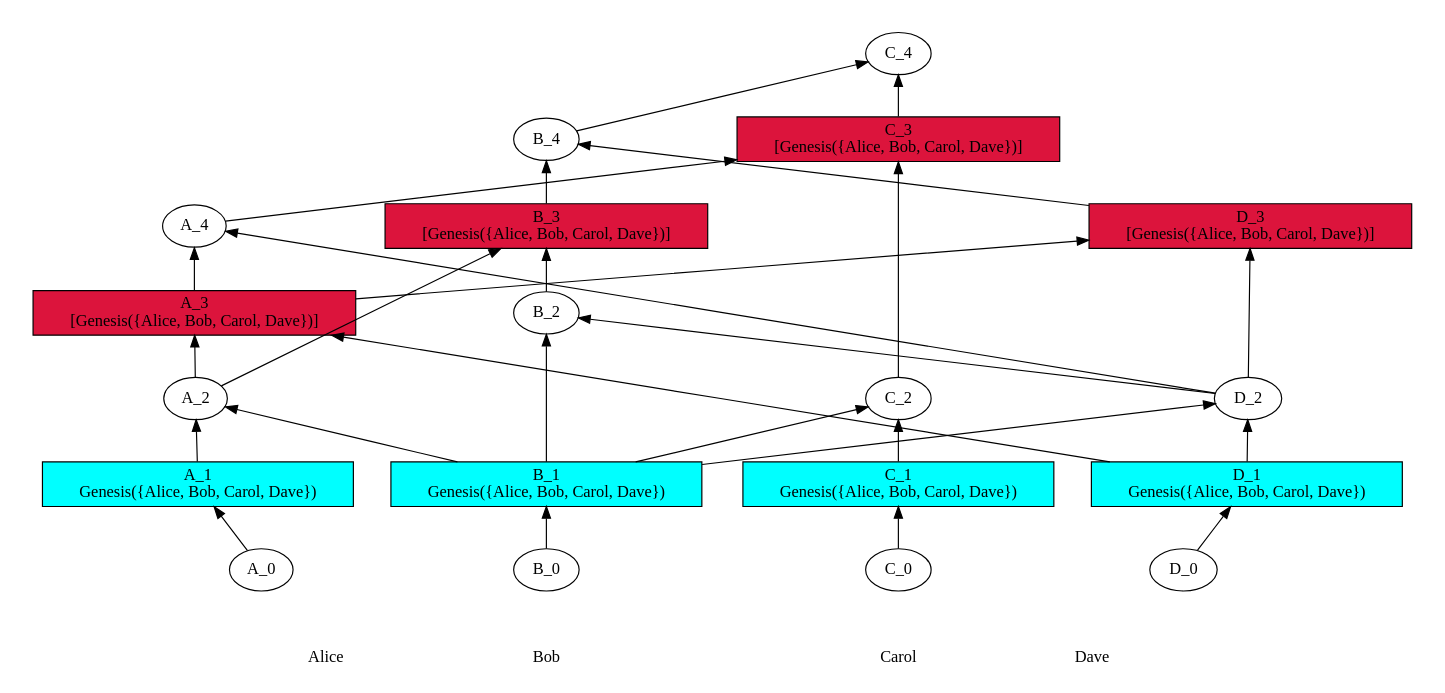
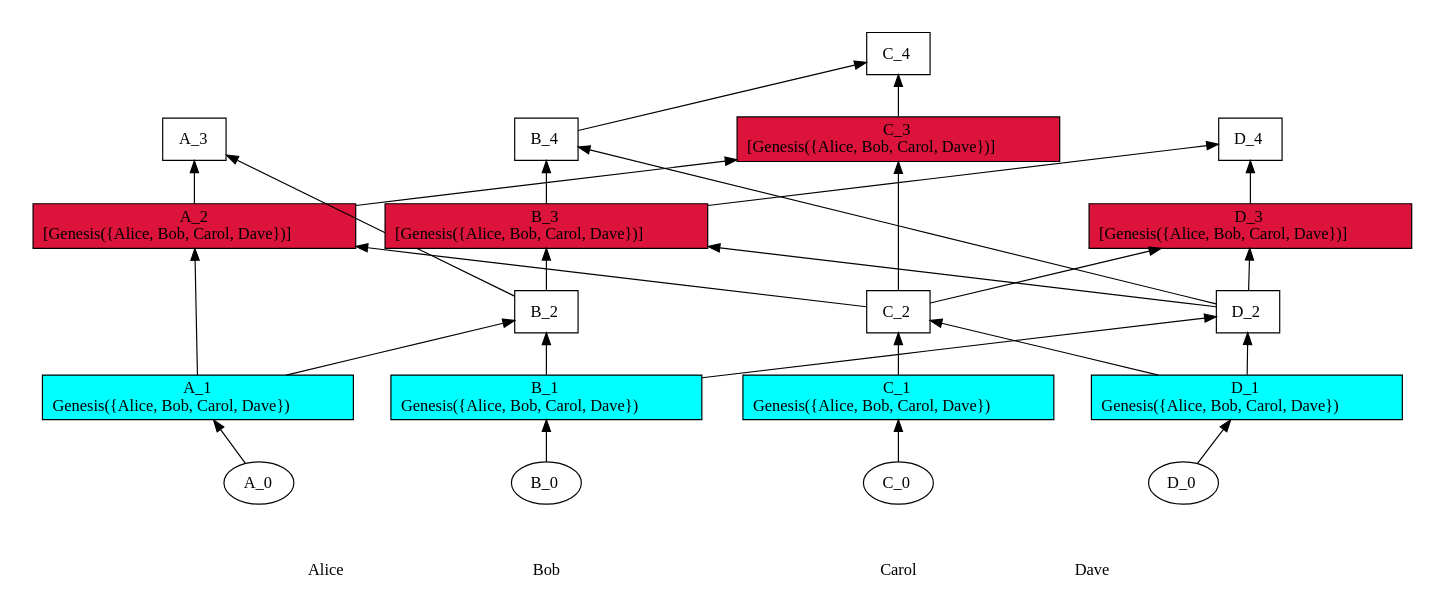
The diagram in input_graphs/gossip_graph_tests_ancestors_iterator/carol.dot (u-amine/parsec), drawn with Graphviz before and after one commit. The commit also changed 26 other files, not shown here.

```diff
--- a/input_graphs/gossip_graph_tests_ancestors_iterator/carol.dot
+++ b/input_graphs/gossip_graph_tests_ancestors_iterator/carol.dot
@@ -1,204 +1,284 @@
+/// our_id: Carol
+/// peer_list: {
+///   Alice; PeerState(VOTE|SEND|RECV); peers: {Alice, Bob, Carol, Dave}
+///   Bob; PeerState(VOTE|SEND|RECV); peers: {Alice, Bob, Carol, Dave}
+///   Carol; PeerState(VOTE|SEND|RECV); peers: {}
+///   Dave; PeerState(VOTE|SEND|RECV); peers: {Alice, Bob, Carol, Dave}
+/// }
 digraph GossipGraph {
   splines=false
   rankdir=BT
-/// our_id: Carol
-/// peer_states: {Alice: "PeerState(VOTE|SEND|RECV)", Bob: "PeerState(VOTE|SEND|RECV)", Carol: "PeerState(VOTE|SEND|RECV)", Dave: "PeerState(VOTE|SEND|RECV)"}
-/// { 098c1440cc..
-/// cause: Response
-/// interesting_content: [Genesis({Alice, Bob, Carol, Dave})]
-/// last_ancestors: {Alice: 2, Bob: 3, Dave: 2}
-/// }
-/// { 30d7e4394d..
-/// cause: Initial
-/// interesting_content: []
-/// last_ancestors: {Alice: 0}
-/// }
-/// { 3105bde98a..
-/// cause: Response
-/// interesting_content: [Genesis({Alice, Bob, Carol, Dave})]
-/// last_ancestors: {Alice: 3, Bob: 1, Dave: 3}
-/// }
-/// { 36099e4269..
-/// cause: Observation(Genesis({Alice, Bob, Carol, Dave}))
-/// interesting_content: []
-/// last_ancestors: {Carol: 1}
-/// }
-/// { 4541f98755..
-/// cause: Initial
-/// interesting_content: []
-/// last_ancestors: {Dave: 0}
-/// }
-/// { 4c1a48932a..
-/// cause: Response
-/// interesting_content: []
-/// last_ancestors: {Bob: 2, Dave: 2}
-/// }
-/// { 59735e66d0..
-/// cause: Request
-/// interesting_content: []
-/// last_ancestors: {Alice: 4, Bob: 1, Dave: 2}
-/// }
-/// { 682aa6684e..
-/// cause: Observation(Genesis({Alice, Bob, Carol, Dave}))
-/// interesting_content: []
-/// last_ancestors: {Bob: 1}
-/// }
-/// { 80b9b8f122..
-/// cause: Request
-/// interesting_content: []
-/// last_ancestors: {Alice: 2, Bob: 1}
-/// }
-/// { 8158ee7022..
-/// cause: Request
-/// interesting_content: []
-/// last_ancestors: {Alice: 4, Bob: 4, Carol: 4, Dave: 3}
-/// }
-/// { 83dc5a58b7..
-/// cause: Request
-/// interesting_content: [Genesis({Alice, Bob, Carol, Dave})]
-/// last_ancestors: {Alice: 3, Bob: 1, Dave: 1}
-/// }
-/// { 9b85359b6d..
-/// cause: Request
-/// interesting_content: []
-/// last_ancestors: {Alice: 3, Bob: 4, Dave: 3}
-/// }
-/// { af91fcff5e..
-/// cause: Observation(Genesis({Alice, Bob, Carol, Dave}))
-/// interesting_content: []
-/// last_ancestors: {Dave: 1}
-/// }
-/// { bd0fe471c9..
-/// cause: Request
-/// interesting_content: [Genesis({Alice, Bob, Carol, Dave})]
-/// last_ancestors: {Alice: 4, Bob: 1, Carol: 3, Dave: 2}
-/// }
-/// { dc8296fe22..
-/// cause: Initial
-/// interesting_content: []
-/// last_ancestors: {Bob: 0}
-/// }
-/// { e2873d8612..
-/// cause: Observation(Genesis({Alice, Bob, Carol, Dave}))
-/// interesting_content: []
-/// last_ancestors: {Alice: 1}
-/// }
-/// { eedba06154..
-/// cause: Request
-/// interesting_content: []
-/// last_ancestors: {Bob: 1, Dave: 2}
-/// }
-/// { fa13ad61fd..
-/// cause: Initial
-/// interesting_content: []
-/// last_ancestors: {Carol: 0}
-/// }
-/// { fbb0f444d5..
-/// cause: Request
-/// interesting_content: []
-/// last_ancestors: {Bob: 1, Carol: 2}
-/// }
-    style=invis
+
+  style=invis
   subgraph cluster_Alice {
     label=Alice
     Alice [style=invis]
-    Alice -> "30d7e4394d.." [style=invis]
-    "30d7e4394d.." -> "e2873d8612.." [minlen=1]
-    "e2873d8612.." -> "80b9b8f122.." [minlen=1]
-    "80b9b8f122.." -> "83dc5a58b7.." [minlen=1]
-    "83dc5a58b7.." -> "59735e66d0.." [minlen=1]
+    "Alice" -> "A_0" [style=invis]
+    "A_0" -> "A_1" [minlen=1]
+    "A_1" -> "A_2" [minlen=2]
+    "A_2" -> "A_3" [minlen=1]
+  }
+  "C_2" -> "A_2" [constraint=false]
+  "B_2" -> "A_3" [constraint=false]
 
+  style=invis
+  subgraph cluster_Bob {
+    label=Bob
+    Bob [style=invis]
+    "Bob" -> "B_0" [style=invis]
+    "B_0" -> "B_1" [minlen=1]
+    "B_1" -> "B_2" [minlen=1]
+    "B_2" -> "B_3" [minlen=1]
+    "B_3" -> "B_4" [minlen=1]
   }
-  "682aa6684e.." -> "80b9b8f122.." [constraint=false]
-  "af91fcff5e.." -> "83dc5a58b7.." [constraint=false]
-  "eedba06154.." -> "59735e66d0.." [constraint=false]
+  "A_1" -> "B_2" [constraint=false]
+  "D_2" -> "B_3" [constraint=false]
+  "D_2" -> "B_4" [constraint=false]
 
-    style=invis
+  style=invis
+  subgraph cluster_Carol {
+    label=Carol
+    Carol [style=invis]
+    "Carol" -> "C_0" [style=invis]
+    "C_0" -> "C_1" [minlen=1]
+    "C_1" -> "C_2" [minlen=1]
+    "C_2" -> "C_3" [minlen=2]
+    "C_3" -> "C_4" [minlen=1]
+  }
+  "D_1" -> "C_2" [constraint=false]
+  "A_2" -> "C_3" [constraint=false]
+  "B_4" -> "C_4" [constraint=false]
+
+  style=invis
   subgraph cluster_Dave {
     label=Dave
     Dave [style=invis]
-    Dave -> "4541f98755.." [style=invis]
-    "4541f98755.." -> "af91fcff5e.." [minlen=1]
-    "af91fcff5e.." -> "eedba06154.." [minlen=1]
-    "eedba06154.." -> "3105bde98a.." [minlen=2]
-
+    "Dave" -> "D_0" [style=invis]
+    "D_0" -> "D_1" [minlen=1]
+    "D_1" -> "D_2" [minlen=1]
+    "D_2" -> "D_3" [minlen=1]
+    "D_3" -> "D_4" [minlen=1]
   }
-  "682aa6684e.." -> "eedba06154.." [constraint=false]
-  "83dc5a58b7.." -> "3105bde98a.." [constraint=false]
-
-    style=invis
-  subgraph cluster_Bob {
-    label=Bob
-    Bob [style=invis]
-    Bob -> "dc8296fe22.." [style=invis]
-    "dc8296fe22.." -> "682aa6684e.." [minlen=1]
-    "682aa6684e.." -> "4c1a48932a.." [minlen=2]
-    "4c1a48932a.." -> "098c1440cc.." [minlen=1]
-    "098c1440cc.." -> "9b85359b6d.." [minlen=1]
-
-  }
-  "eedba06154.." -> "4c1a48932a.." [constraint=false]
-  "80b9b8f122.." -> "098c1440cc.." [constraint=false]
-  "3105bde98a.." -> "9b85359b6d.." [constraint=false]
-
-    style=invis
-  subgraph cluster_Carol {
-    label=Carol
-    Carol [style=invis]
-    Carol -> "fa13ad61fd.." [style=invis]
-    "fa13ad61fd.." -> "36099e4269.." [minlen=1]
-    "36099e4269.." -> "fbb0f444d5.." [minlen=1]
-    "fbb0f444d5.." -> "bd0fe471c9.." [minlen=3]
-    "bd0fe471c9.." -> "8158ee7022.." [minlen=1]
-
-  }
-  "682aa6684e.." -> "fbb0f444d5.." [constraint=false]
-  "59735e66d0.." -> "bd0fe471c9.." [constraint=false]
-  "9b85359b6d.." -> "8158ee7022.." [constraint=false]
-
-/// meta-vote section
- "098c1440cc.." [fillcolor=white, label="B_3
-[Genesis({Alice, Bob, Carol, Dave})]"]
- "098c1440cc.." [shape=rectangle, style=filled, fillcolor=crimson]
- "30d7e4394d.." [fillcolor=white, label="A_0"]
- "3105bde98a.." [fillcolor=white, label="D_3
-[Genesis({Alice, Bob, Carol, Dave})]"]
- "3105bde98a.." [shape=rectangle, style=filled, fillcolor=crimson]
- "36099e4269.." [fillcolor=white, label="C_1
-Genesis({Alice, Bob, Carol, Dave})"]
- "36099e4269.." [shape=rectangle, style=filled, fillcolor=cyan]
- "4541f98755.." [fillcolor=white, label="D_0"]
- "4c1a48932a.." [fillcolor=white, label="B_2"]
- "59735e66d0.." [fillcolor=white, label="A_4"]
- "682aa6684e.." [fillcolor=white, label="B_1
-Genesis({Alice, Bob, Carol, Dave})"]
- "682aa6684e.." [shape=rectangle, style=filled, fillcolor=cyan]
- "80b9b8f122.." [fillcolor=white, label="A_2"]
- "8158ee7022.." [fillcolor=white, label="C_4"]
- "83dc5a58b7.." [fillcolor=white, label="A_3
-[Genesis({Alice, Bob, Carol, Dave})]"]
- "83dc5a58b7.." [shape=rectangle, style=filled, fillcolor=crimson]
- "9b85359b6d.." [fillcolor=white, label="B_4"]
- "af91fcff5e.." [fillcolor=white, label="D_1
-Genesis({Alice, Bob, Carol, Dave})"]
- "af91fcff5e.." [shape=rectangle, style=filled, fillcolor=cyan]
- "bd0fe471c9.." [fillcolor=white, label="C_3
-[Genesis({Alice, Bob, Carol, Dave})]"]
- "bd0fe471c9.." [shape=rectangle, style=filled, fillcolor=crimson]
- "dc8296fe22.." [fillcolor=white, label="B_0"]
- "e2873d8612.." [fillcolor=white, label="A_1
-Genesis({Alice, Bob, Carol, Dave})"]
- "e2873d8612.." [shape=rectangle, style=filled, fillcolor=cyan]
- "eedba06154.." [fillcolor=white, label="D_2"]
- "fa13ad61fd.." [fillcolor=white, label="C_0"]
- "fbb0f444d5.." [fillcolor=white, label="C_2"]
+  "B_1" -> "D_2" [constraint=false]
+  "C_2" -> "D_3" [constraint=false]
+  "B_3" -> "D_4" [constraint=false]
 
   {
     rank=same
     Alice [style=filled, color=white]
-    Dave [style=filled, color=white]
     Bob [style=filled, color=white]
     Carol [style=filled, color=white]
+    Dave [style=filled, color=white]
   }
   Alice -> Bob -> Carol -> Dave [style=invis]
+
+/// ===== details of events =====
+  "A_0" [fillcolor=white, label=<<table border="0" cellborder="0" cellpadding="0" cellspacing="0">
+<tr><td colspan="6">A_0</td></tr>
+</table>>]
+/// cause: Initial
+/// last_ancestors: {Alice: 0}
+
+  "A_1" [style=filled, fillcolor=cyan, shape=rectangle, label=<<table border="0" cellborder="0" cellpadding="0" cellspacing="0">
+<tr><td colspan="6">A_1</td></tr>
+<tr><td colspan="6">Genesis({Alice, Bob, Carol, Dave})</td></tr>
+</table>>]
+/// cause: Observation(Genesis({Alice, Bob, Carol, Dave}))
+/// last_ancestors: {Alice: 1}
+
+  "A_2" [style=filled, fillcolor=crimson, shape=rectangle, label=<<table border="0" cellborder="0" cellpadding="0" cellspacing="0">
+<tr><td colspan="6">A_2</td></tr>
+<tr><td colspan="6">[Genesis({Alice, Bob, Carol, Dave})]</td></tr></table>>]
+/// cause: Request
+/// last_ancestors: {Alice: 2, Carol: 2, Dave: 1}
+
+  "A_3" [fillcolor=white, shape=rectangle, label=<<table border="0" cellborder="0" cellpadding="0" cellspacing="0">
+<tr><td colspan="6">A_3</td></tr>
+</table>>]
+/// cause: Response
+/// last_ancestors: {Alice: 3, Bob: 2, Carol: 2, Dave: 1}
+
+  "B_0" [fillcolor=white, label=<<table border="0" cellborder="0" cellpadding="0" cellspacing="0">
+<tr><td colspan="6">B_0</td></tr>
+</table>>]
+/// cause: Initial
+/// last_ancestors: {Bob: 0}
+
+  "B_1" [style=filled, fillcolor=cyan, shape=rectangle, label=<<table border="0" cellborder="0" cellpadding="0" cellspacing="0">
+<tr><td colspan="6">B_1</td></tr>
+<tr><td colspan="6">Genesis({Alice, Bob, Carol, Dave})</td></tr>
+</table>>]
+/// cause: Observation(Genesis({Alice, Bob, Carol, Dave}))
+/// last_ancestors: {Bob: 1}
+
+  "B_2" [fillcolor=white, shape=rectangle, label=<<table border="0" cellborder="0" cellpadding="0" cellspacing="0">
+<tr><td colspan="6">B_2</td></tr>
+</table>>]
+/// cause: Request
+/// last_ancestors: {Alice: 1, Bob: 2}
+
+  "B_3" [style=filled, fillcolor=crimson, shape=rectangle, label=<<table border="0" cellborder="0" cellpadding="0" cellspacing="0">
+<tr><td colspan="6">B_3</td></tr>
+<tr><td colspan="6">[Genesis({Alice, Bob, Carol, Dave})]</td></tr></table>>]
+/// cause: Request
+/// last_ancestors: {Alice: 1, Bob: 3, Dave: 2}
+
+  "B_4" [fillcolor=white, shape=rectangle, label=<<table border="0" cellborder="0" cellpadding="0" cellspacing="0">
+<tr><td colspan="6">B_4</td></tr>
+</table>>]
+/// cause: Response
+/// last_ancestors: {Alice: 1, Bob: 4, Dave: 2}
+
+  "C_0" [fillcolor=white, label=<<table border="0" cellborder="0" cellpadding="0" cellspacing="0">
+<tr><td colspan="6">C_0</td></tr>
+</table>>]
+/// cause: Initial
+/// last_ancestors: {Carol: 0}
+
+  "C_1" [style=filled, fillcolor=cyan, shape=rectangle, label=<<table border="0" cellborder="0" cellpadding="0" cellspacing="0">
+<tr><td colspan="6">C_1</td></tr>
+<tr><td colspan="6">Genesis({Alice, Bob, Carol, Dave})</td></tr>
+</table>>]
+/// cause: Observation(Genesis({Alice, Bob, Carol, Dave}))
+/// last_ancestors: {Carol: 1}
+
+  "C_2" [fillcolor=white, shape=rectangle, label=<<table border="0" cellborder="0" cellpadding="0" cellspacing="0">
+<tr><td colspan="6">C_2</td></tr>
+</table>>]
+/// cause: Request
+/// last_ancestors: {Carol: 2, Dave: 1}
+
+  "C_3" [style=filled, fillcolor=crimson, shape=rectangle, label=<<table border="0" cellborder="0" cellpadding="0" cellspacing="0">
+<tr><td colspan="6">C_3</td></tr>
+<tr><td colspan="6">[Genesis({Alice, Bob, Carol, Dave})]</td></tr></table>>]
+/// cause: Response
+/// last_ancestors: {Alice: 2, Carol: 3, Dave: 1}
+
+  "C_4" [fillcolor=white, shape=rectangle, label=<<table border="0" cellborder="0" cellpadding="0" cellspacing="0">
+<tr><td colspan="6">C_4</td></tr>
+</table>>]
+/// cause: Request
+/// last_ancestors: {Alice: 2, Bob: 4, Carol: 4, Dave: 2}
+
+  "D_0" [fillcolor=white, label=<<table border="0" cellborder="0" cellpadding="0" cellspacing="0">
+<tr><td colspan="6">D_0</td></tr>
+</table>>]
+/// cause: Initial
+/// last_ancestors: {Dave: 0}
+
+  "D_1" [style=filled, fillcolor=cyan, shape=rectangle, label=<<table border="0" cellborder="0" cellpadding="0" cellspacing="0">
+<tr><td colspan="6">D_1</td></tr>
+<tr><td colspan="6">Genesis({Alice, Bob, Carol, Dave})</td></tr>
+</table>>]
+/// cause: Observation(Genesis({Alice, Bob, Carol, Dave}))
+/// last_ancestors: {Dave: 1}
+
+  "D_2" [fillcolor=white, shape=rectangle, label=<<table border="0" cellborder="0" cellpadding="0" cellspacing="0">
+<tr><td colspan="6">D_2</td></tr>
+</table>>]
+/// cause: Request
+/// last_ancestors: {Bob: 1, Dave: 2}
+
+  "D_3" [style=filled, fillcolor=crimson, shape=rectangle, label=<<table border="0" cellborder="0" cellpadding="0" cellspacing="0">
+<tr><td colspan="6">D_3</td></tr>
+<tr><td colspan="6">[Genesis({Alice, Bob, Carol, Dave})]</td></tr></table>>]
+/// cause: Response
+/// last_ancestors: {Bob: 1, Carol: 2, Dave: 3}
+
+  "D_4" [fillcolor=white, shape=rectangle, label=<<table border="0" cellborder="0" cellpadding="0" cellspacing="0">
+<tr><td colspan="6">D_4</td></tr>
+</table>>]
+/// cause: Response
+/// last_ancestors: {Alice: 1, Bob: 3, Carol: 2, Dave: 4}
+
 }
+
+/// ===== meta-elections =====
+/// consensus_history:
+
+/// MetaElectionHandle(CURRENT)
+/// consensus_len: 0
+/// round_hashes: {
+///   Alice -> [
+///     RoundHash { round: 0, latest_block_hash: 0000000000000000000000000000000000000000000000000000000000000000 }
+///   ]
+///   Bob -> [
+///     RoundHash { round: 0, latest_block_hash: 0000000000000000000000000000000000000000000000000000000000000000 }
+///   ]
+///   Carol -> [
+///     RoundHash { round: 0, latest_block_hash: 0000000000000000000000000000000000000000000000000000000000000000 }
+///   ]
+///   Dave -> [
+///     RoundHash { round: 0, latest_block_hash: 0000000000000000000000000000000000000000000000000000000000000000 }
+///   ]
+/// }
+/// interesting_events: {
+///   Alice -> ["A_2"]
+///   Bob -> ["B_3"]
+///   Carol -> ["C_3"]
+///   Dave -> ["D_3"]
+/// }
+/// all_voters: {Alice, Bob, Carol, Dave}
+/// undecided_voters: {Alice, Bob, Carol, Dave}
+/// meta_events: {
+///   A_1 -> {
+///     observees: {}
+///     interesting_content: []
+///   }
+///   A_2 -> {
+///     observees: {}
+///     interesting_content: [Genesis({Alice, Bob, Carol, Dave})]
+///   }
+///   A_3 -> {
+///     observees: {}
+///     interesting_content: []
+///   }
+///   B_1 -> {
+///     observees: {}
+///     interesting_content: []
+///   }
+///   B_2 -> {
+///     observees: {}
+///     interesting_content: []
+///   }
+///   B_3 -> {
+///     observees: {}
+///     interesting_content: [Genesis({Alice, Bob, Carol, Dave})]
+///   }
+///   B_4 -> {
+///     observees: {}
+///     interesting_content: []
+///   }
+///   C_1 -> {
+///     observees: {}
+///     interesting_content: []
+///   }
+///   C_2 -> {
+///     observees: {}
+///     interesting_content: []
+///   }
+///   C_3 -> {
+///     observees: {}
+///     interesting_content: [Genesis({Alice, Bob, Carol, Dave})]
+///   }
+///   C_4 -> {
+///     observees: {}
+///     interesting_content: []
+///   }
+///   D_1 -> {
+///     observees: {}
+///     interesting_content: []
+///   }
+///   D_2 -> {
+///     observees: {}
+///     interesting_content: []
+///   }
+///   D_3 -> {
+///     observees: {}
+///     interesting_content: [Genesis({Alice, Bob, Carol, Dave})]
+///   }
+///   D_4 -> {
+///     observees: {}
+///     interesting_content: []
+///   }
+/// }
```
